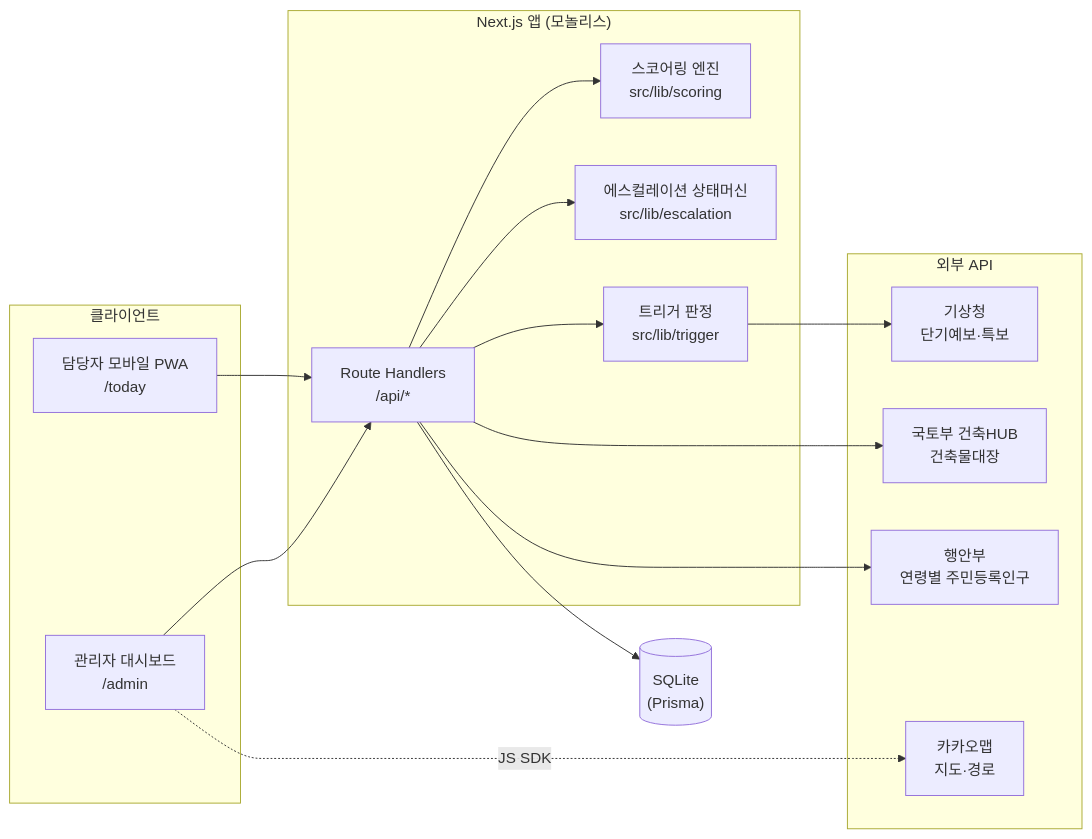
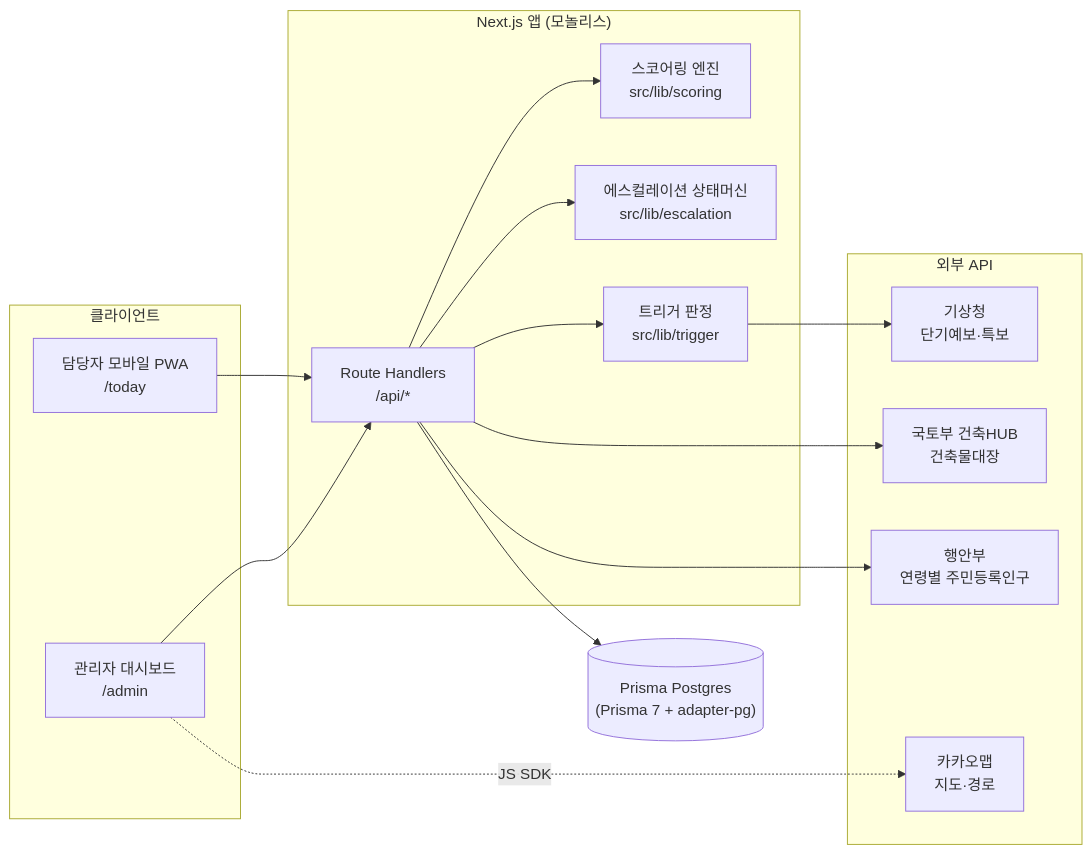
The first of 3 diagrams in docs/architecture.md (NO-TOKEN-NO-WORK/this-house-first), drawn with Mermaid before and after one commit. The commit also changed other lines of this file and 14 other files, not shown here.

````diff
--- a/docs/architecture.md
+++ b/docs/architecture.md
@@ -9,28 +9,28 @@
 ```mermaid
 flowchart LR
     subgraph client["클라이언트"]
         W["담당자 모바일 PWA<br/>/today"]
         A["관리자 대시보드<br/>/admin"]
     end
     subgraph app["Next.js 앱 (모놀리스)"]
         RH["Route Handlers<br/>/api/*"]
         SC["스코어링 엔진<br/>src/lib/scoring"]
         SM["에스컬레이션 상태머신<br/>src/lib/escalation"]
         TR["트리거 판정<br/>src/lib/trigger"]
     end
-    DB[("SQLite<br/>(Prisma)")]
+    DB[("Prisma Postgres<br/>(Prisma 7 + adapter-pg)")]
     subgraph ext["외부 API"]
         KMA["기상청<br/>단기예보·특보"]
         HUB["국토부 건축HUB<br/>건축물대장"]
         MOIS["행안부<br/>연령별 주민등록인구"]
         KAKAO["카카오맵<br/>지도·경로"]
     end
     W --> RH
     A --> RH
     RH --> SC & SM & TR
     RH --> DB
     TR --> KMA
     RH --> HUB
     RH --> MOIS
     A -.->|JS SDK| KAKAO
 ```
````
